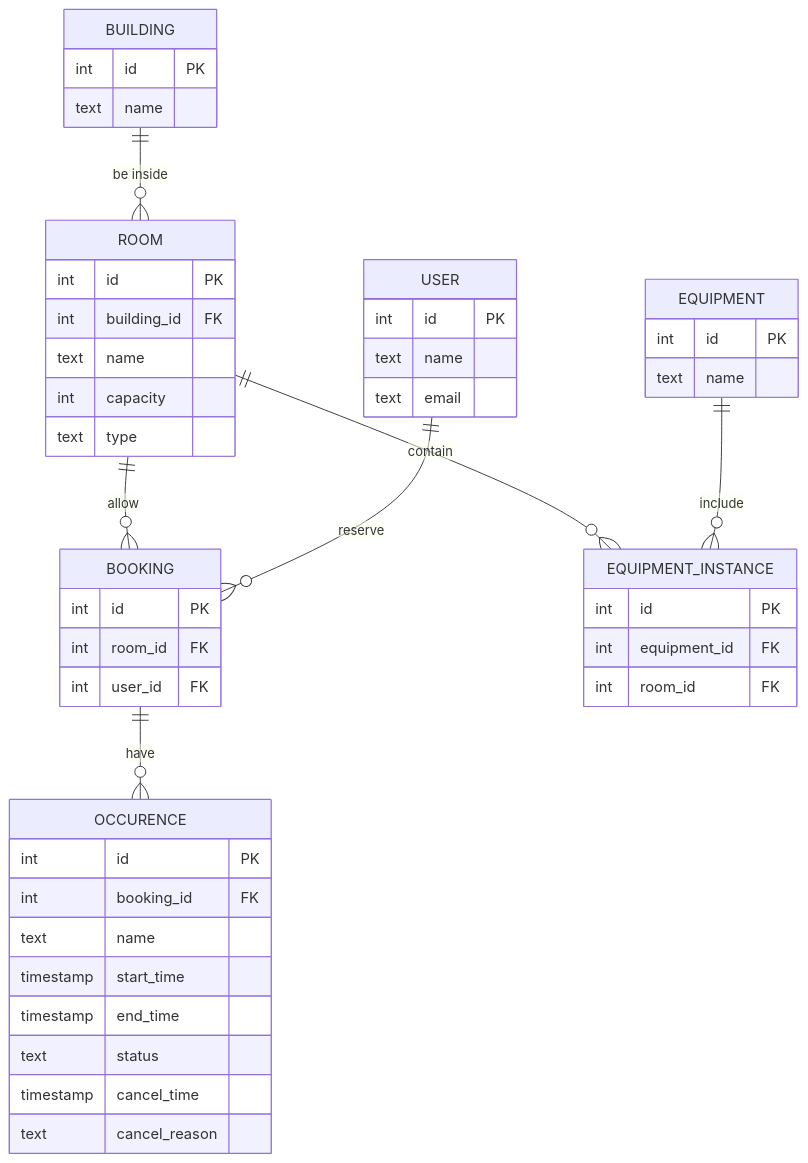
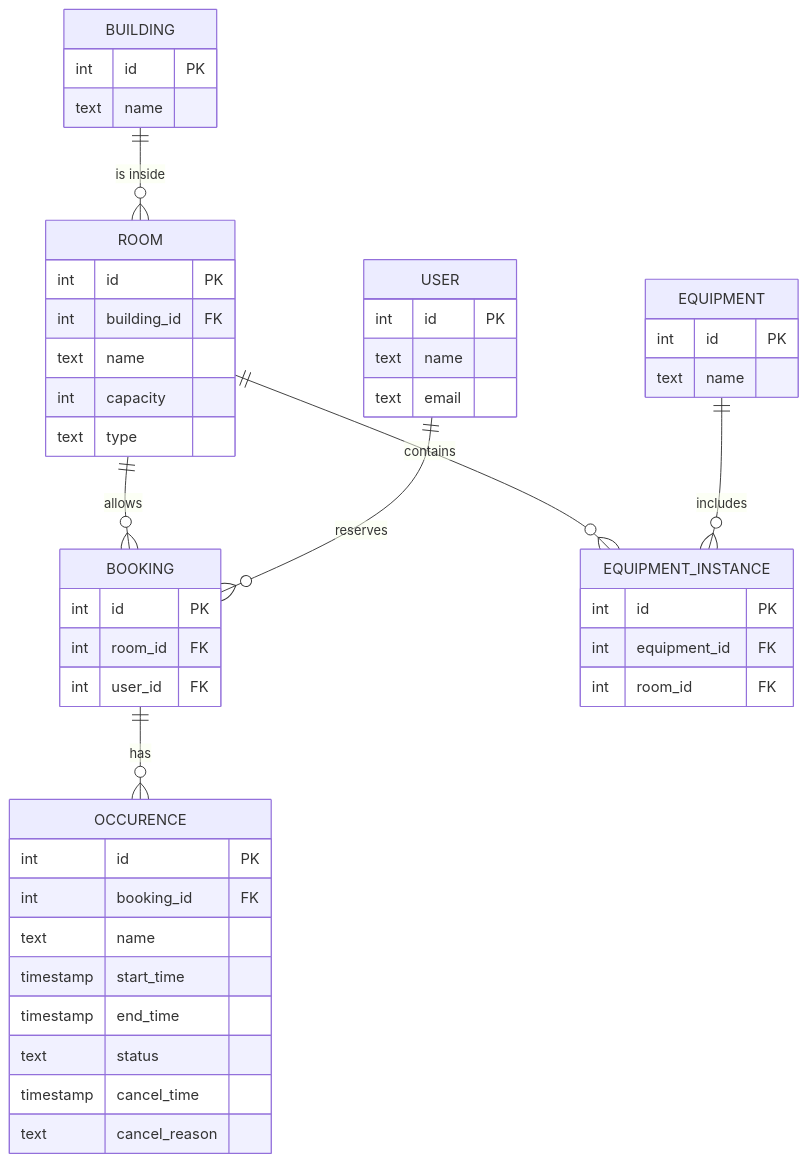
One commit to ndinhtrung/booking-server changed the diagram in design/er-diagram.md. Above: the diagram before and after it, drawn with Mermaid.

Commit message:
grammar check

````diff
--- a/design/er-diagram.md
+++ b/design/er-diagram.md
@@ -3,57 +3,57 @@
 ```mermaid
 erDiagram
 
     BUILDING {
         int        id               PK
         text       name
     }
 
     ROOM {
         int        id               PK
         int        building_id      FK
         text       name
         int        capacity
         text       type
     }
 
     USER {
         int        id               PK
         text       name
         text       email
     }
 
     BOOKING {
         int        id               PK
         int        room_id          FK
         int        user_id          FK
     }
 
     OCCURENCE {
         int        id               PK
         int        booking_id       FK
         text       name
         timestamp  start_time
         timestamp  end_time
         text       status
         timestamp  cancel_time
         text       cancel_reason
     }
 
     EQUIPMENT {
         int        id               PK
         text       name
     }
 
     EQUIPMENT_INSTANCE {
         int        id               PK
         int        equipment_id     FK
         int        room_id          FK
     }
 
-    BUILDING  ||--o{ ROOM                : "be inside"
-    ROOM      ||--o{ BOOKING             : "allow"
-    USER      ||--o{ BOOKING             : "reserve"
-    BOOKING   ||--o{ OCCURENCE           : "have"
-    ROOM      ||--o{ EQUIPMENT_INSTANCE  : "contain"
-    EQUIPMENT ||--o{ EQUIPMENT_INSTANCE  : "include"
+    BUILDING  ||--o{ ROOM                : "is inside"
+    ROOM      ||--o{ BOOKING             : "allows"
+    USER      ||--o{ BOOKING             : "reserves"
+    BOOKING   ||--o{ OCCURENCE           : "has"
+    ROOM      ||--o{ EQUIPMENT_INSTANCE  : "contains"
+    EQUIPMENT ||--o{ EQUIPMENT_INSTANCE  : "includes"
 ```
````
